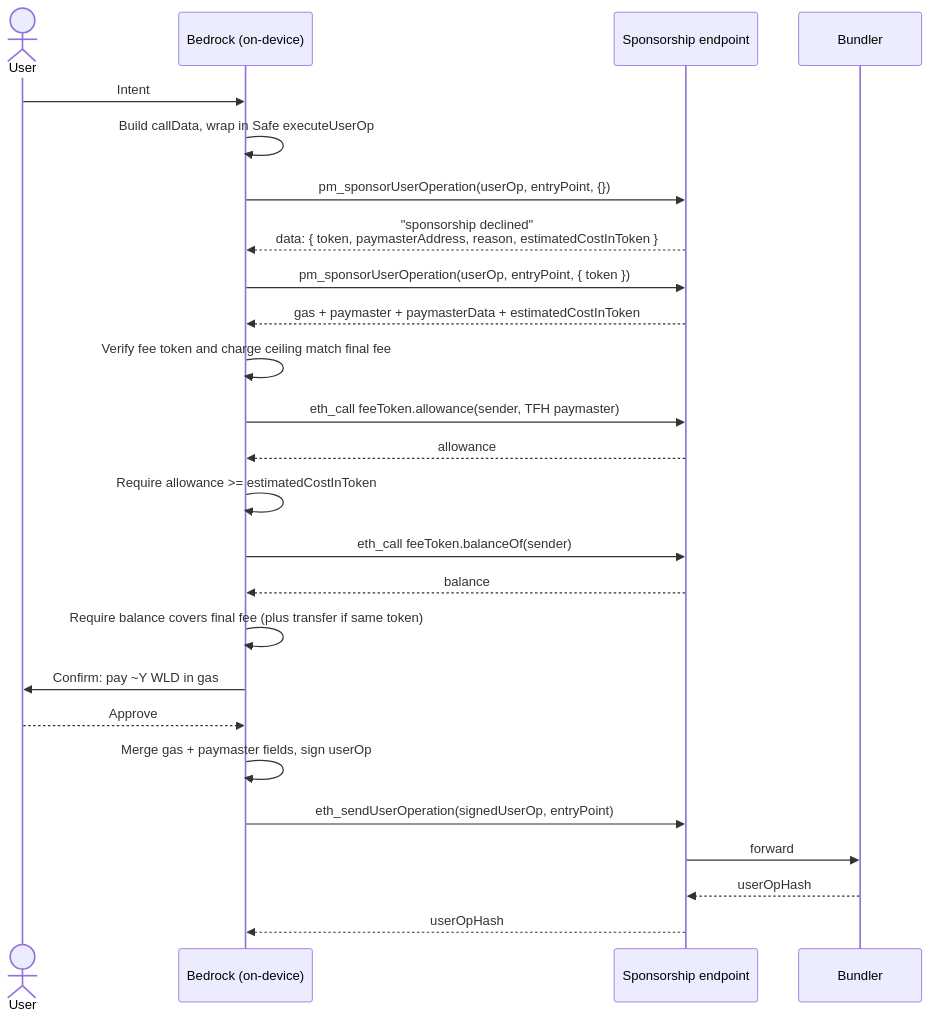
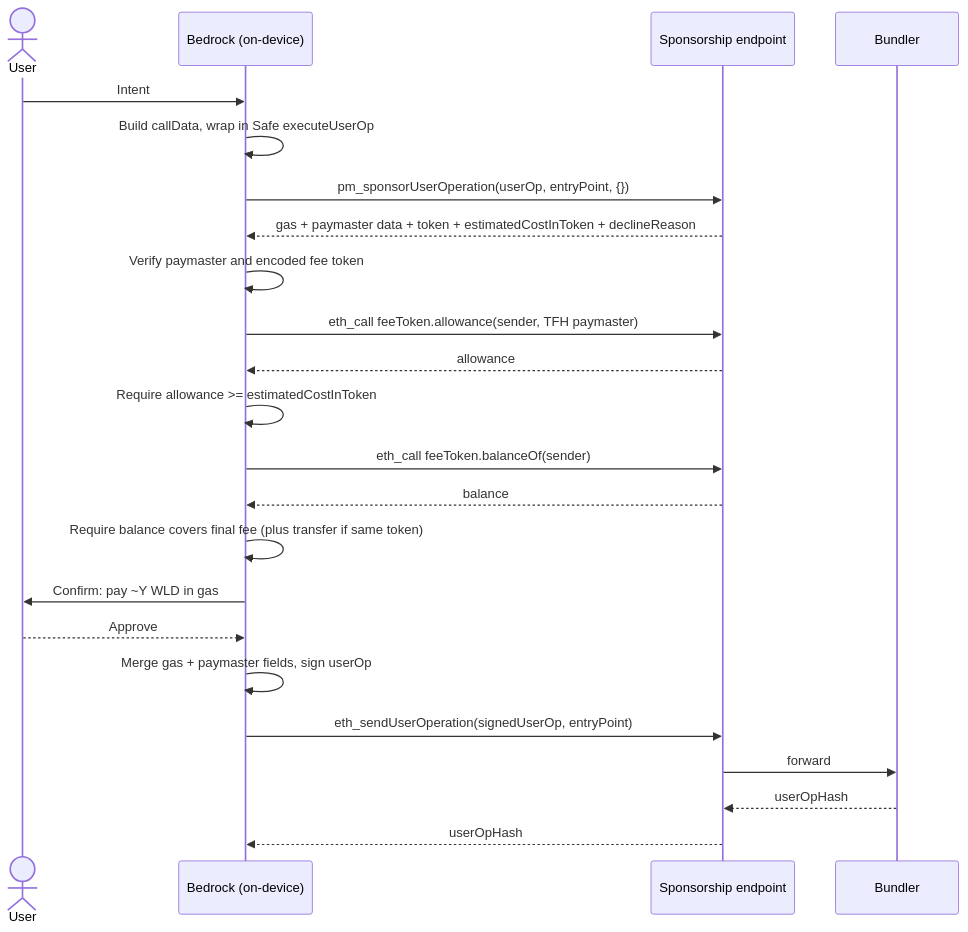
Before and after one commit to worldcoin/bedrock: the second of 2 diagrams in bedrock/src/transactions/transaction.md, drawn with Mermaid. The commit also changed other lines of this file and 7 other files, not shown here.

````diff
--- a/bedrock/src/transactions/transaction.md
+++ b/bedrock/src/transactions/transaction.md
@@ -104,32 +101,29 @@
 ```mermaid
 sequenceDiagram
     actor User
     participant Bedrock as Bedrock (on-device)
     participant Endpoint as Sponsorship endpoint
     participant Bundler
 
     User->>Bedrock: Intent
     Bedrock->>Bedrock: Build callData, wrap in Safe executeUserOp
 
     Bedrock->>Endpoint: pm_sponsorUserOperation(userOp, entryPoint, {})
-    Endpoint-->>Bedrock: "sponsorship declined"<br/>data: { token, paymasterAddress, reason, estimatedCostInToken }
-
-    Bedrock->>Endpoint: pm_sponsorUserOperation(userOp, entryPoint, { token })
-    Endpoint-->>Bedrock: gas + paymaster + paymasterData + estimatedCostInToken
-    Bedrock->>Bedrock: Verify fee token and charge ceiling match final fee
+    Endpoint-->>Bedrock: gas + paymaster data + token + estimatedCostInToken + declineReason
+    Bedrock->>Bedrock: Verify paymaster and encoded fee token
     Bedrock->>Endpoint: eth_call feeToken.allowance(sender, TFH paymaster)
     Endpoint-->>Bedrock: allowance
     Bedrock->>Bedrock: Require allowance >= estimatedCostInToken
     Bedrock->>Endpoint: eth_call feeToken.balanceOf(sender)
     Endpoint-->>Bedrock: balance
     Bedrock->>Bedrock: Require balance covers final fee (plus transfer if same token)
 
     Bedrock->>User: Confirm: pay ~Y WLD in gas
     User-->>Bedrock: Approve
     Bedrock->>Bedrock: Merge gas + paymaster fields, sign userOp
 
     Bedrock->>Endpoint: eth_sendUserOperation(signedUserOp, entryPoint)
     Endpoint->>Bundler: forward
     Bundler-->>Endpoint: userOpHash
     Endpoint-->>Bedrock: userOpHash
 ```
````
